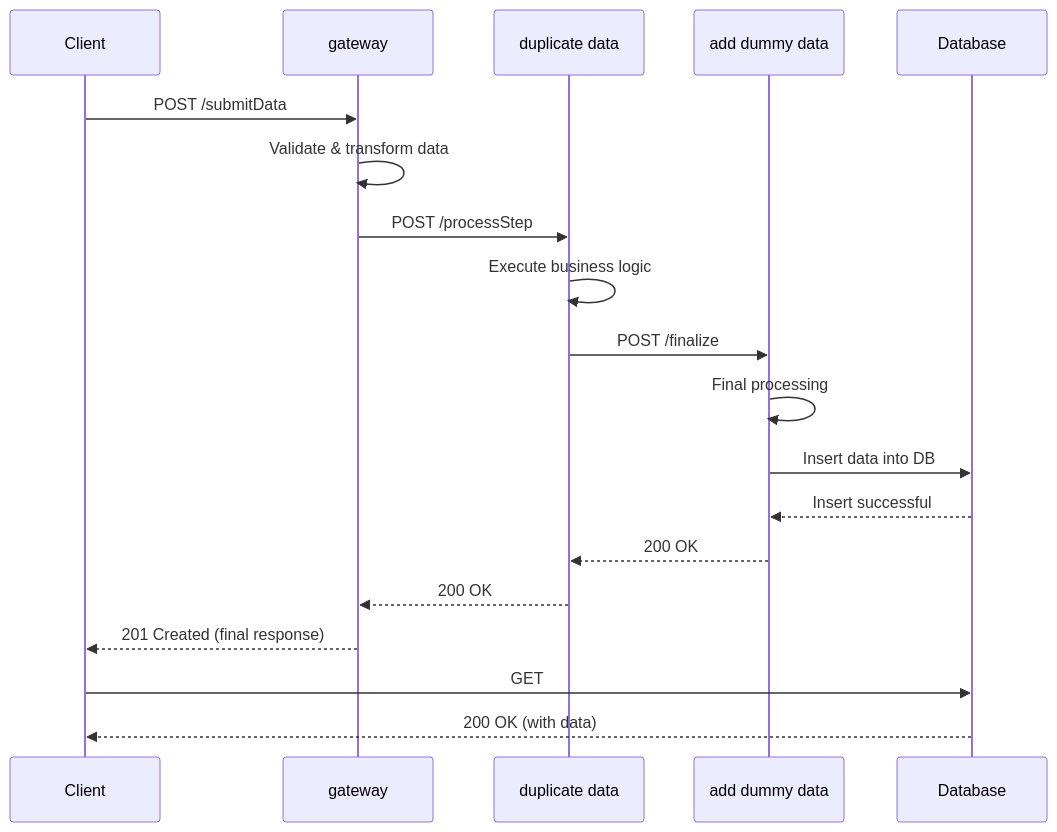
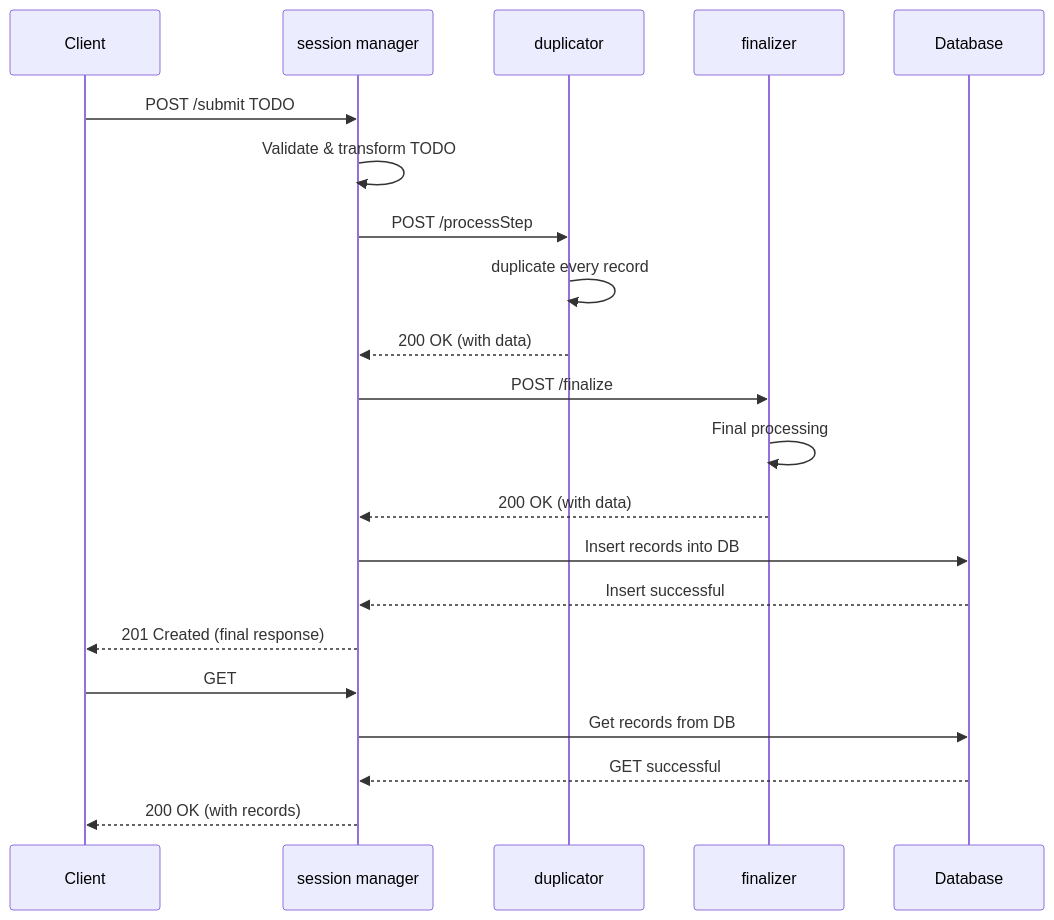
Before and after one commit to boattitat/to_do_app_for_bad_boy: the diagram in mermaid.md, drawn with Mermaid. The commit also changed 1 other file, not shown here.

Commit message:
update: mermaid diagram

````diff
--- a/mermaid.md
+++ b/mermaid.md
@@ -1,23 +1,25 @@
 ```mermaid
 sequenceDiagram
     participant Client
-    participant A as gateway
-    participant B as duplicate data
-    participant C as add dummy data
+    participant A as session manager
+    participant B as duplicator
+    participant C as finalizer
     participant DB as Database
 
-    Client->>A: POST /submitData
-    A->>A: Validate & transform data
+    Client->>A: POST /submit TODO
+    A->>A: Validate & transform TODO
     A->>B: POST /processStep
-    B->>B: Execute business logic
-    B->>C: POST /finalize
+    B->>B: duplicate every record
+    B-->>A: 200 OK (with data)
+    A->>C: POST /finalize
     C->>C: Final processing
-    C->>DB: Insert data into DB
-    DB-->>C: Insert successful
-    C-->>B: 200 OK
-    B-->>A: 200 OK
+    C-->>A: 200 OK (with data) 
+    A->>DB: Insert records into DB
+    DB-->>A: Insert successful
     A-->>Client: 201 Created (final response)
 
-    Client->>DB: GET
-    DB-->>Client: 200 OK (with data)
+    Client->>A: GET
+    A->>DB: Get records from DB
+    DB-->>A: GET successful
+    A-->>Client: 200 OK (with records)
 ```
````
